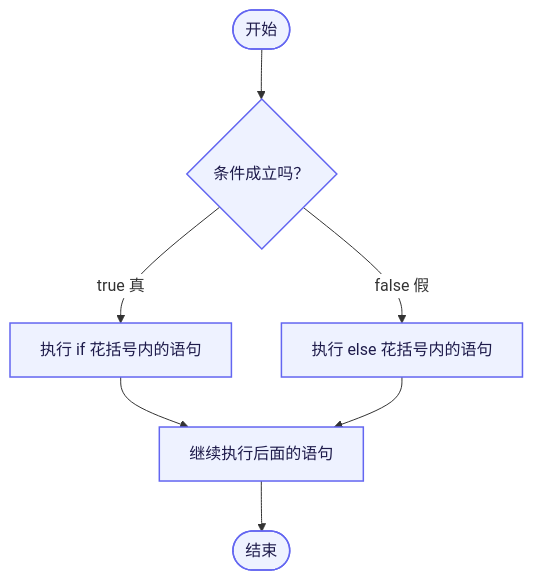
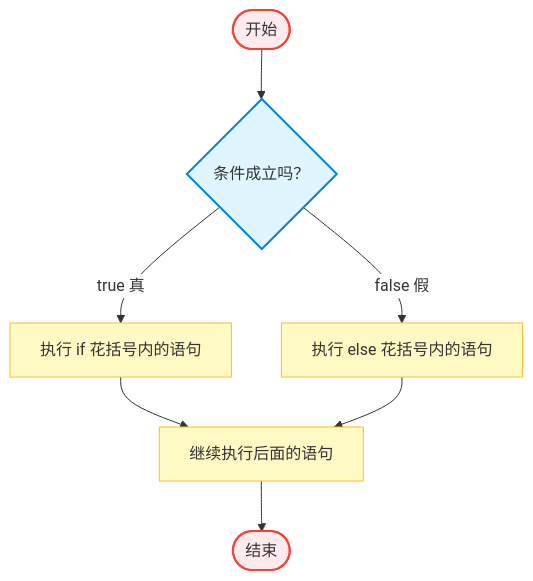
The second of 3 diagrams in docs/信息学奥赛/C++语法基础/C1_03_分支语句与比较运算符.md (caozuoxitong-ren/oier-fans.github.io), drawn with Mermaid before and after one commit. The commit also changed other lines of this file and 8 other files, not shown here.

````diff
--- a/docs/信息学奥赛/C++语法基础/C1_03_分支语句与比较运算符.md
+++ b/docs/信息学奥赛/C++语法基础/C1_03_分支语句与比较运算符.md
@@ -321,13 +324,19 @@
 ```mermaid
 %%{init: {"themeVariables": {"edgeLabelBackground": "#FFFFFF"}}}%%
 flowchart TD
-    A([开始]) --> B{条件成立吗？}
-    B -->|true 真| C[执行 if 花括号内的语句]
-    B -->|false 假| D[执行 else 花括号内的语句]
-    C --> E[继续执行后面的语句]
-    D --> E
-    E --> F([结束])
+    Start([开始]) --> Cond{条件成立吗？}
+    Cond -->|true 真| Action1["执行 if 花括号内的语句"]
+    Cond -->|false 假| Action2["执行 else 花括号内的语句"]
+    Action1 --> Continue["继续执行后面的语句"]
+    Action2 --> Continue
+    Continue --> End([结束])
 
-    classDef unified fill:#EEF2FF,stroke:#6366F1,color:#1E1B4B,stroke-width:1.5px;
-    class A,B,C,D,E,F unified;
+    classDef condition fill:#e1f5fe,stroke:#0288d1,stroke-width:2px;
+    classDef action fill:#fff9c4,stroke:#fbc02d,stroke-width:1px;
+    class Cond condition;
+    class Action1,Action2,Continue action;
+
+    %% 👇 新增：定义开始和结束按钮的颜色（粉色边框+浅色填充）
+    classDef startEnd fill:#ffebee,stroke:#f44336,stroke-width:2px;
+    class Start,End startEnd;
 ```
````
